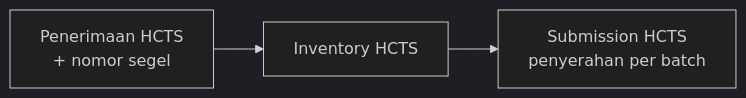
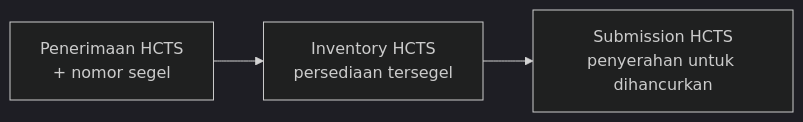
Before and after one commit to prophetical/khazprokhir-dev: the second of 3 diagrams in docs/BRD.md, drawn with Mermaid (dark theme). The commit also changed other lines of this file and 31 other files, not shown here.

````diff
--- a/docs/BRD.md
+++ b/docs/BRD.md
@@ -125,5 +139,5 @@
 ```mermaid
 flowchart LR
-    F[Penerimaan HCTS<br/>+ nomor segel] --> G[Inventory HCTS]
-    G --> H[Submission HCTS<br/>penyerahan per batch]
+    F[Penerimaan HCTS<br/>+ nomor segel] --> G[Inventory HCTS<br/>persediaan tersegel]
+    G --> H[Submission HCTS<br/>penyerahan untuk dihancurkan]
 ```
````
